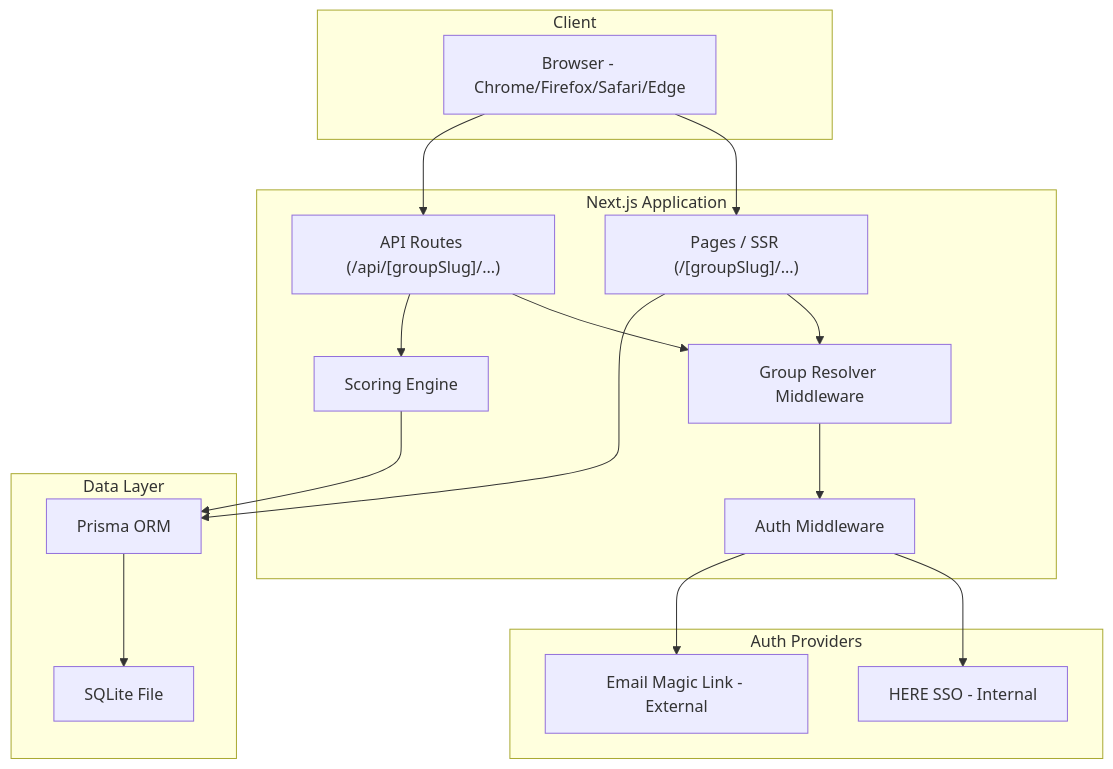
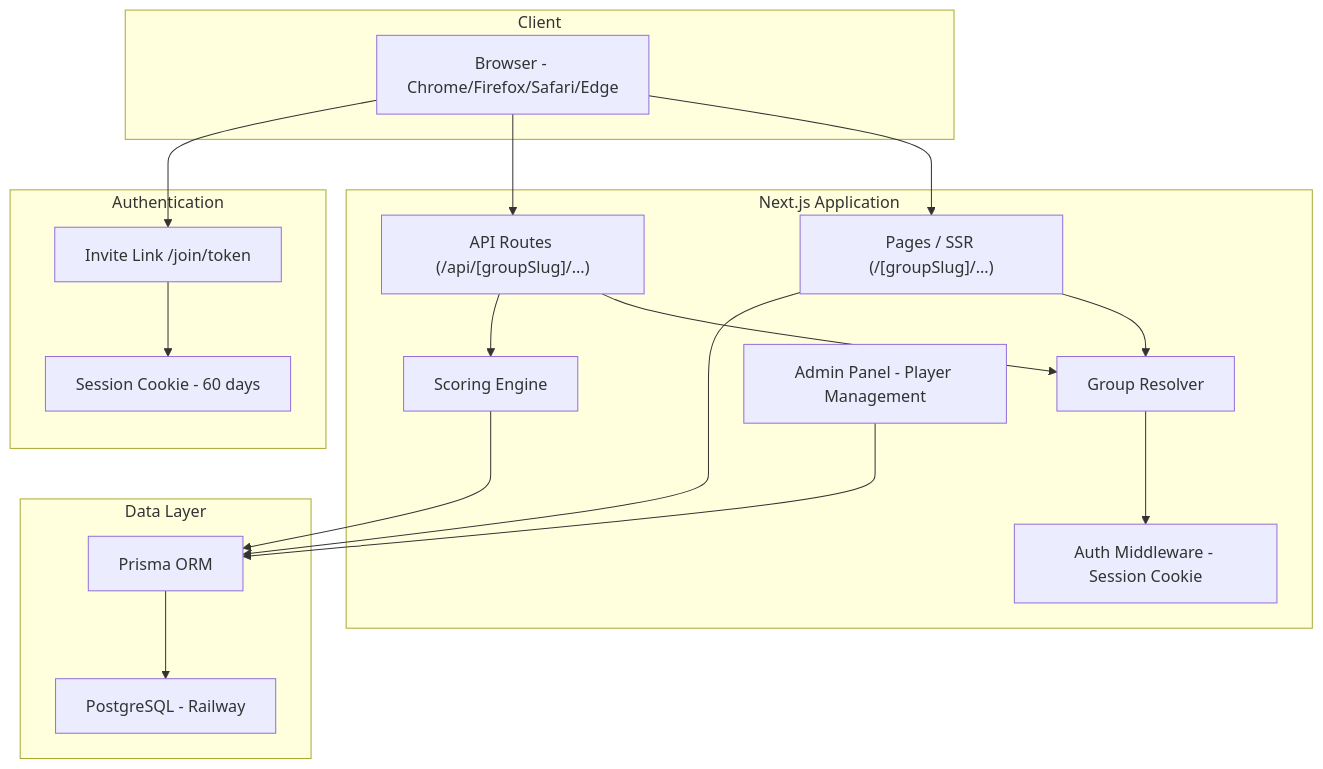
One commit to bernardmendonca/world-cup-predictor changed the first of 2 diagrams in .kiro/specs/world-cup-predictor/design.md. Above: the diagram before and after it, drawn with Mermaid. The commit also changed other lines of this file and 12 other files, not shown here.

Commit message:
updated login flow

````diff
--- a/.kiro/specs/world-cup-predictor/design.md
+++ b/.kiro/specs/world-cup-predictor/design.md
@@ -28,36 +30,38 @@
 ```mermaid
 graph TB
     subgraph Client
         Browser[Browser - Chrome/Firefox/Safari/Edge]
     end
 
     subgraph Application["Next.js Application"]
         Pages["Pages / SSR (/[groupSlug]/...)"]
         API["API Routes (/api/[groupSlug]/...)"]
-        Auth[Auth Middleware]
-        GroupResolver[Group Resolver Middleware]
+        Auth[Auth Middleware - Session Cookie]
+        GroupResolver[Group Resolver]
         Scoring[Scoring Engine]
+        AdminPanel[Admin Panel - Player Management]
     end
 
-    subgraph AuthProviders["Auth Providers"]
-        SSO[HERE SSO - Internal]
-        Email[Email Magic Link - External]
+    subgraph AuthFlow["Authentication"]
+        InviteLink[Invite Link /join/token]
+        SessionCookie[Session Cookie - 60 days]
     end
 
     subgraph DataLayer["Data Layer"]
         Prisma[Prisma ORM]
-        SQLite[SQLite File]
+        PostgreSQL[PostgreSQL - Railway]
     end
 
     Browser --> Pages
     Browser --> API
+    Browser --> InviteLink
+    InviteLink --> SessionCookie
     Pages --> GroupResolver
     API --> GroupResolver
     GroupResolver --> Auth
-    Auth --> SSO
-    Auth --> Email
     API --> Scoring
     Scoring --> Prisma
     Pages --> Prisma
-    Prisma --> SQLite
+    AdminPanel --> Prisma
+    Prisma --> PostgreSQL
 ```
````
